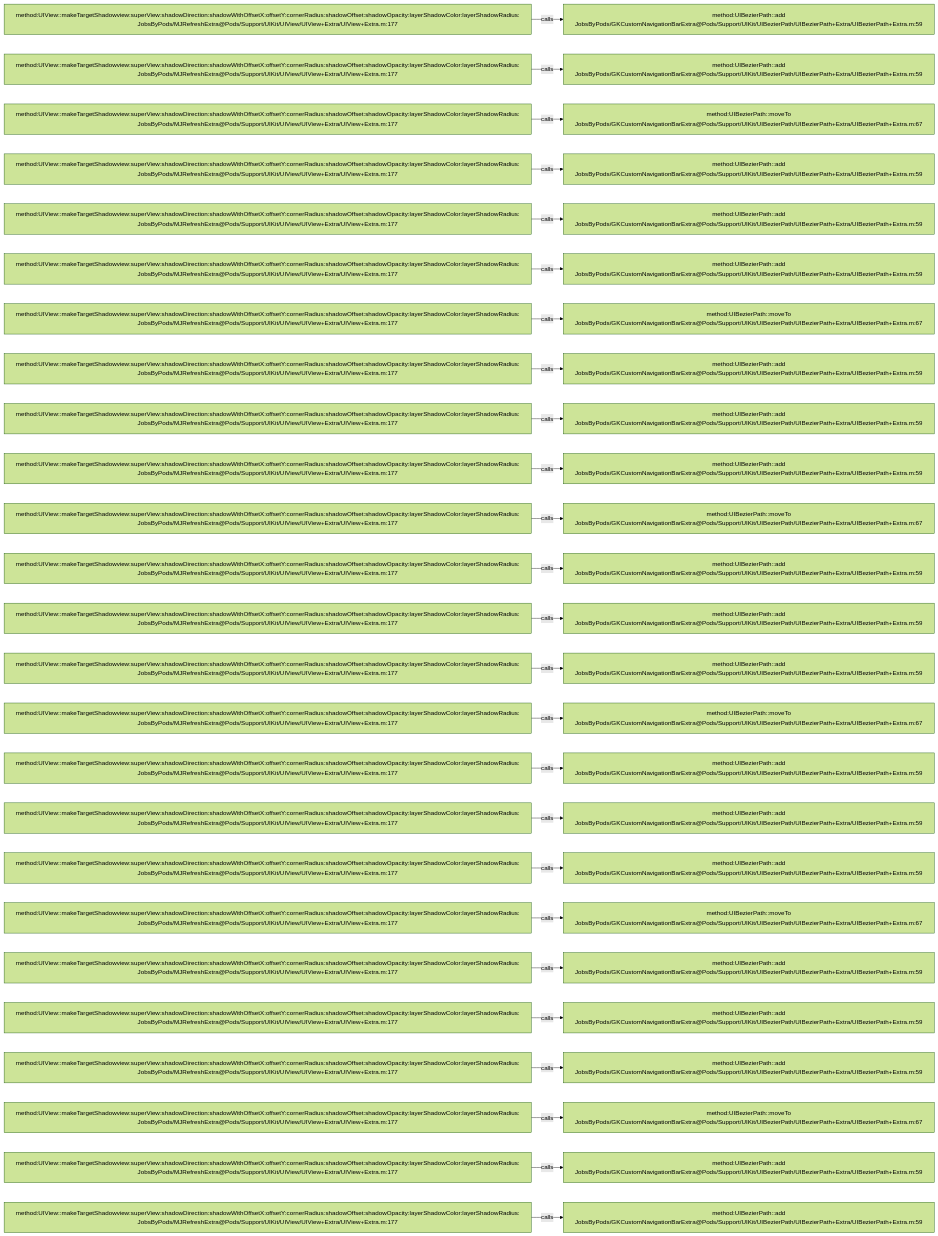
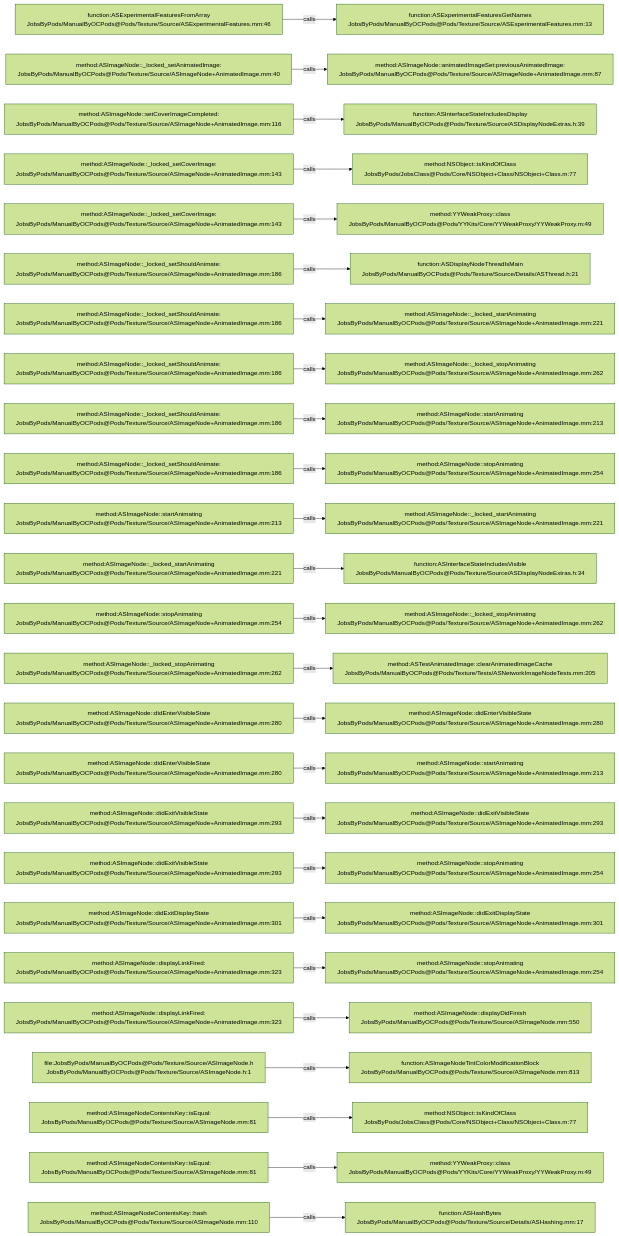
Before and after one commit to JobsKits/JobsOCBaseConfigDemo: the diagram in .codegraph/codegraph.md/graphs/calls-116.md, drawn with Mermaid (forest theme). The commit also changed 2162 other files, not shown here.

````diff
--- a/.codegraph/codegraph.md/graphs/calls-116.md
+++ b/.codegraph/codegraph.md/graphs/calls-116.md
@@ -13,78 +13,78 @@
 ```mermaid
 flowchart LR
-  S1["method:UIView::makeTargetShadowview:superView:shadowDirection:shadowWithOffsetX:offsetY:cornerRadius:shadowOffset:shadowOpacity:layerShadowColor:layerShadowRadius:<br/>JobsByPods/MJRefreshExtra@Pods/Support/UIKit/UIView/UIView+Extra/UIView+Extra.m:177"]
-  T1["method:UIBezierPath::add<br/>JobsByPods/GKCustomNavigationBarExtra@Pods/Support/UIKit/UIBezierPath/UIBezierPath+Extra/UIBezierPath+Extra.m:59"]
+  S1["function:ASExperimentalFeaturesFromArray<br/>JobsByPods/ManualByOCPods@Pods/Texture/Source/ASExperimentalFeatures.mm:46"]
+  T1["function:ASExperimentalFeaturesGetNames<br/>JobsByPods/ManualByOCPods@Pods/Texture/Source/ASExperimentalFeatures.mm:13"]
   S1 -->|calls| T1
-  S2["method:UIView::makeTargetShadowview:superView:shadowDirection:shadowWithOffsetX:offsetY:cornerRadius:shadowOffset:shadowOpacity:layerShadowColor:layerShadowRadius:<br/>JobsByPods/MJRefreshExtra@Pods/Support/UIKit/UIView/UIView+Extra/UIView+Extra.m:177"]
-  T2["method:UIBezierPath::add<br/>JobsByPods/GKCustomNavigationBarExtra@Pods/Support/UIKit/UIBezierPath/UIBezierPath+Extra/UIBezierPath+Extra.m:59"]
+  S2["method:ASImageNode::_locked_setAnimatedImage:<br/>JobsByPods/ManualByOCPods@Pods/Texture/Source/ASImageNode+AnimatedImage.mm:40"]
+  T2["method:ASImageNode::animatedImageSet:previousAnimatedImage:<br/>JobsByPods/ManualByOCPods@Pods/Texture/Source/ASImageNode+AnimatedImage.mm:87"]
   S2 -->|calls| T2
-  S3["method:UIView::makeTargetShadowview:superView:shadowDirection:shadowWithOffsetX:offsetY:cornerRadius:shadowOffset:shadowOpacity:layerShadowColor:layerShadowRadius:<br/>JobsByPods/MJRefreshExtra@Pods/Support/UIKit/UIView/UIView+Extra/UIView+Extra.m:177"]
-  T3["method:UIBezierPath::moveTo<br/>JobsByPods/GKCustomNavigationBarExtra@Pods/Support/UIKit/UIBezierPath/UIBezierPath+Extra/UIBezierPath+Extra.m:67"]
+  S3["method:ASImageNode::setCoverImageCompleted:<br/>JobsByPods/ManualByOCPods@Pods/Texture/Source/ASImageNode+AnimatedImage.mm:116"]
+  T3["function:ASInterfaceStateIncludesDisplay<br/>JobsByPods/ManualByOCPods@Pods/Texture/Source/ASDisplayNodeExtras.h:39"]
   S3 -->|calls| T3
-  S4["method:UIView::makeTargetShadowview:superView:shadowDirection:shadowWithOffsetX:offsetY:cornerRadius:shadowOffset:shadowOpacity:layerShadowColor:layerShadowRadius:<br/>JobsByPods/MJRefreshExtra@Pods/Support/UIKit/UIView/UIView+Extra/UIView+Extra.m:177"]
-  T4["method:UIBezierPath::add<br/>JobsByPods/GKCustomNavigationBarExtra@Pods/Support/UIKit/UIBezierPath/UIBezierPath+Extra/UIBezierPath+Extra.m:59"]
+  S4["method:ASImageNode::_locked_setCoverImage:<br/>JobsByPods/ManualByOCPods@Pods/Texture/Source/ASImageNode+AnimatedImage.mm:143"]
+  T4["method:NSObject::isKindOfClass<br/>JobsByPods/JobsClass@Pods/Core/NSObject+Class/NSObject+Class.m:77"]
   S4 -->|calls| T4
-  S5["method:UIView::makeTargetShadowview:superView:shadowDirection:shadowWithOffsetX:offsetY:cornerRadius:shadowOffset:shadowOpacity:layerShadowColor:layerShadowRadius:<br/>JobsByPods/MJRefreshExtra@Pods/Support/UIKit/UIView/UIView+Extra/UIView+Extra.m:177"]
-  T5["method:UIBezierPath::add<br/>JobsByPods/GKCustomNavigationBarExtra@Pods/Support/UIKit/UIBezierPath/UIBezierPath+Extra/UIBezierPath+Extra.m:59"]
+  S5["method:ASImageNode::_locked_setCoverImage:<br/>JobsByPods/ManualByOCPods@Pods/Texture/Source/ASImageNode+AnimatedImage.mm:143"]
+  T5["method:YYWeakProxy::class<br/>JobsByPods/ManualByOCPods@Pods/YYKits/Core/YYWeakProxy/YYWeakProxy.m:49"]
   S5 -->|calls| T5
-  S6["method:UIView::makeTargetShadowview:superView:shadowDirection:shadowWithOffsetX:offsetY:cornerRadius:shadowOffset:shadowOpacity:layerShadowColor:layerShadowRadius:<br/>JobsByPods/MJRefreshExtra@Pods/Support/UIKit/UIView/UIView+Extra/UIView+Extra.m:177"]
-  T6["method:UIBezierPath::add<br/>JobsByPods/GKCustomNavigationBarExtra@Pods/Support/UIKit/UIBezierPath/UIBezierPath+Extra/UIBezierPath+Extra.m:59"]
+  S6["method:ASImageNode::_locked_setShouldAnimate:<br/>JobsByPods/ManualByOCPods@Pods/Texture/Source/ASImageNode+AnimatedImage.mm:186"]
+  T6["function:ASDisplayNodeThreadIsMain<br/>JobsByPods/ManualByOCPods@Pods/Texture/Source/Details/ASThread.h:21"]
   S6 -->|calls| T6
-  S7["method:UIView::makeTargetShadowview:superView:shadowDirection:shadowWithOffsetX:offsetY:cornerRadius:shadowOffset:shadowOpacity:layerShadowColor:layerShadowRadius:<br/>JobsByPods/MJRefreshExtra@Pods/Support/UIKit/UIView/UIView+Extra/UIView+Extra.m:177"]
-  T7["method:UIBezierPath::moveTo<br/>JobsByPods/GKCustomNavigationBarExtra@Pods/Support/UIKit/UIBezierPath/UIBezierPath+Extra/UIBezierPath+Extra.m:67"]
+  S7["method:ASImageNode::_locked_setShouldAnimate:<br/>JobsByPods/ManualByOCPods@Pods/Texture/Source/ASImageNode+AnimatedImage.mm:186"]
+  T7["method:ASImageNode::_locked_startAnimating<br/>JobsByPods/ManualByOCPods@Pods/Texture/Source/ASImageNode+AnimatedImage.mm:221"]
   S7 -->|calls| T7
-  S8["method:UIView::makeTargetShadowview:superView:shadowDirection:shadowWithOffsetX:offsetY:cornerRadius:shadowOffset:shadowOpacity:layerShadowColor:layerShadowRadius:<br/>JobsByPods/MJRefreshExtra@Pods/Support/UIKit/UIView/UIView+Extra/UIView+Extra.m:177"]
-  T8["method:UIBezierPath::add<br/>JobsByPods/GKCustomNavigationBarExtra@Pods/Support/UIKit/UIBezierPath/UIBezierPath+Extra/UIBezierPath+Extra.m:59"]
+  S8["method:ASImageNode::_locked_setShouldAnimate:<br/>JobsByPods/ManualByOCPods@Pods/Texture/Source/ASImageNode+AnimatedImage.mm:186"]
+  T8["method:ASImageNode::_locked_stopAnimating<br/>JobsByPods/ManualByOCPods@Pods/Texture/Source/ASImageNode+AnimatedImage.mm:262"]
   S8 -->|calls| T8
-  S9["method:UIView::makeTargetShadowview:superView:shadowDirection:shadowWithOffsetX:offsetY:cornerRadius:shadowOffset:shadowOpacity:layerShadowColor:layerShadowRadius:<br/>JobsByPods/MJRefreshExtra@Pods/Support/UIKit/UIView/UIView+Extra/UIView+Extra.m:177"]
-  T9["method:UIBezierPath::add<br/>JobsByPods/GKCustomNavigationBarExtra@Pods/Support/UIKit/UIBezierPath/UIBezierPath+Extra/UIBezierPath+Extra.m:59"]
+  S9["method:ASImageNode::_locked_setShouldAnimate:<br/>JobsByPods/ManualByOCPods@Pods/Texture/Source/ASImageNode+AnimatedImage.mm:186"]
+  T9["method:ASImageNode::startAnimating<br/>JobsByPods/ManualByOCPods@Pods/Texture/Source/ASImageNode+AnimatedImage.mm:213"]
   S9 -->|calls| T9
-  S10["method:UIView::makeTargetShadowview:superView:shadowDirection:shadowWithOffsetX:offsetY:cornerRadius:shadowOffset:shadowOpacity:layerShadowColor:layerShadowRadius:<br/>JobsByPods/MJRefreshExtra@Pods/Support/UIKit/UIView/UIView+Extra/UIView+Extra.m:177"]
-  T10["method:UIBezierPath::add<br/>JobsByPods/GKCustomNavigationBarExtra@Pods/Support/UIKit/UIBezierPath/UIBezierPath+Extra/UIBezierPath+Extra.m:59"]
+  S10["method:ASImageNode::_locked_setShouldAnimate:<br/>JobsByPods/ManualByOCPods@Pods/Texture/Source/ASImageNode+AnimatedImage.mm:186"]
+  T10["method:ASImageNode::stopAnimating<br/>JobsByPods/ManualByOCPods@Pods/Texture/Source/ASImageNode+AnimatedImage.mm:254"]
   S10 -->|calls| T10
-  S11["method:UIView::makeTargetShadowview:superView:shadowDirection:shadowWithOffsetX:offsetY:cornerRadius:shadowOffset:shadowOpacity:layerShadowColor:layerShadowRadius:<br/>JobsByPods/MJRefreshExtra@Pods/Support/UIKit/UIView/UIView+Extra/UIView+Extra.m:177"]
-  T11["method:UIBezierPath::moveTo<br/>JobsByPods/GKCustomNavigationBarExtra@Pods/Support/UIKit/UIBezierPath/UIBezierPath+Extra/UIBezierPath+Extra.m:67"]
+  S11["method:ASImageNode::startAnimating<br/>JobsByPods/ManualByOCPods@Pods/Texture/Source/ASImageNode+AnimatedImage.mm:213"]
+  T11["method:ASImageNode::_locked_startAnimating<br/>JobsByPods/ManualByOCPods@Pods/Texture/Source/ASImageNode+AnimatedImage.mm:221"]
   S11 -->|calls| T11
-  S12["method:UIView::makeTargetShadowview:superView:shadowDirection:shadowWithOffsetX:offsetY:cornerRadius:shadowOffset:shadowOpacity:layerShadowColor:layerShadowRadius:<br/>JobsByPods/MJRefreshExtra@Pods/Support/UIKit/UIView/UIView+Extra/UIView+Extra.m:177"]
-  T12["method:UIBezierPath::add<br/>JobsByPods/GKCustomNavigationBarExtra@Pods/Support/UIKit/UIBezierPath/UIBezierPath+Extra/UIBezierPath+Extra.m:59"]
+  S12["method:ASImageNode::_locked_startAnimating<br/>JobsByPods/ManualByOCPods@Pods/Texture/Source/ASImageNode+AnimatedImage.mm:221"]
+  T12["function:ASInterfaceStateIncludesVisible<br/>JobsByPods/ManualByOCPods@Pods/Texture/Source/ASDisplayNodeExtras.h:34"]
   S12 -->|calls| T12
-  S13["method:UIView::makeTargetShadowview:superView:shadowDirection:shadowWithOffsetX:offsetY:cornerRadius:shadowOffset:shadowOpacity:layerShadowColor:layerShadowRadius:<br/>JobsByPods/MJRefreshExtra@Pods/Support/UIKit/UIView/UIView+Extra/UIView+Extra.m:177"]
-  T13["method:UIBezierPath::add<br/>JobsByPods/GKCustomNavigationBarExtra@Pods/Support/UIKit/UIBezierPath/UIBezierPath+Extra/UIBezierPath+Extra.m:59"]
+  S13["method:ASImageNode::stopAnimating<br/>JobsByPods/ManualByOCPods@Pods/Texture/Source/ASImageNode+AnimatedImage.mm:254"]
+  T13["method:ASImageNode::_locked_stopAnimating<br/>JobsByPods/ManualByOCPods@Pods/Texture/Source/ASImageNode+AnimatedImage.mm:262"]
   S13 -->|calls| T13
-  S14["method:UIView::makeTargetShadowview:superView:shadowDirection:shadowWithOffsetX:offsetY:cornerRadius:shadowOffset:shadowOpacity:layerShadowColor:layerShadowRadius:<br/>JobsByPods/MJRefreshExtra@Pods/Support/UIKit/UIView/UIView+Extra/UIView+Extra.m:177"]
-  T14["method:UIBezierPath::add<br/>JobsByPods/GKCustomNavigationBarExtra@Pods/Support/UIKit/UIBezierPath/UIBezierPath+Extra/UIBezierPath+Extra.m:59"]
+  S14["method:ASImageNode::_locked_stopAnimating<br/>JobsByPods/ManualByOCPods@Pods/Texture/Source/ASImageNode+AnimatedImage.mm:262"]
+  T14["method:ASTestAnimatedImage::clearAnimatedImageCache<br/>JobsByPods/ManualByOCPods@Pods/Texture/Tests/ASNetworkImageNodeTests.mm:205"]
   S14 -->|calls| T14
-  S15["method:UIView::makeTargetShadowview:superView:shadowDirection:shadowWithOffsetX:offsetY:cornerRadius:shadowOffset:shadowOpacity:layerShadowColor:layerShadowRadius:<br/>JobsByPods/MJRefreshExtra@Pods/Support/UIKit/UIView/UIView+Extra/UIView+Extra.m:177"]
-  T15["method:UIBezierPath::moveTo<br/>JobsByPods/GKCustomNavigationBarExtra@Pods/Support/UIKit/UIBezierPath/UIBezierPath+Extra/UIBezierPath+Extra.m:67"]
+  S15["method:ASImageNode::didEnterVisibleState<br/>JobsByPods/ManualByOCPods@Pods/Texture/Source/ASImageNode+AnimatedImage.mm:280"]
+  T15["method:ASImageNode::didEnterVisibleState<br/>JobsByPods/ManualByOCPods@Pods/Texture/Source/ASImageNode+AnimatedImage.mm:280"]
   S15 -->|calls| T15
-  S16["method:UIView::makeTargetShadowview:superView:shadowDirection:shadowWithOffsetX:offsetY:cornerRadius:shadowOffset:shadowOpacity:layerShadowColor:layerShadowRadius:<br/>JobsByPods/MJRefreshExtra@Pods/Support/UIKit/UIView/UIView+Extra/UIView+Extra.m:177"]
-  T16["method:UIBezierPath::add<br/>JobsByPods/GKCustomNavigationBarExtra@Pods/Support/UIKit/UIBezierPath/UIBezierPath+Extra/UIBezierPath+Extra.m:59"]
+  S16["method:ASImageNode::didEnterVisibleState<br/>JobsByPods/ManualByOCPods@Pods/Texture/Source/ASImageNode+AnimatedImage.mm:280"]
+  T16["method:ASImageNode::startAnimating<br/>JobsByPods/ManualByOCPods@Pods/Texture/Source/ASImageNode+AnimatedImage.mm:213"]
   S16 -->|calls| T16
-  S17["method:UIView::makeTargetShadowview:superView:shadowDirection:shadowWithOffsetX:offsetY:cornerRadius:shadowOffset:shadowOpacity:layerShadowColor:layerShadowRadius:<br/>JobsByPods/MJRefreshExtra@Pods/Support/UIKit/UIView/UIView+Extra/UIView+Extra.m:177"]
-  T17["method:UIBezierPath::add<br/>JobsByPods/GKCustomNavigationBarExtra@Pods/Support/UIKit/UIBezierPath/UIBezierPath+Extra/UIBezierPath+Extra.m:59"]
+  S17["method:ASImageNode::didExitVisibleState<br/>JobsByPods/ManualByOCPods@Pods/Texture/Source/ASImageNode+AnimatedImage.mm:293"]
+  T17["method:ASImageNode::didExitVisibleState<br/>JobsByPods/ManualByOCPods@Pods/Texture/Source/ASImageNode+AnimatedImage.mm:293"]
   S17 -->|calls| T17
-  S18["method:UIView::makeTargetShadowview:superView:shadowDirection:shadowWithOffsetX:offsetY:cornerRadius:shadowOffset:shadowOpacity:layerShadowColor:layerShadowRadius:<br/>JobsByPods/MJRefreshExtra@Pods/Support/UIKit/UIView/UIView+Extra/UIView+Extra.m:177"]
-  T18["method:UIBezierPath::add<br/>JobsByPods/GKCustomNavigationBarExtra@Pods/Support/UIKit/UIBezierPath/UIBezierPath+Extra/UIBezierPath+Extra.m:59"]
+  S18["method:ASImageNode::didExitVisibleState<br/>JobsByPods/ManualByOCPods@Pods/Texture/Source/ASImageNode+AnimatedImage.mm:293"]
+  T18["method:ASImageNode::stopAnimating<br/>JobsByPods/ManualByOCPods@Pods/Texture/Source/ASImageNode+AnimatedImage.mm:254"]
   S18 -->|calls| T18
-  S19["method:UIView::makeTargetShadowview:superView:shadowDirection:shadowWithOffsetX:offsetY:cornerRadius:shadowOffset:shadowOpacity:layerShadowColor:layerShadowRadius:<br/>JobsByPods/MJRefreshExtra@Pods/Support/UIKit/UIView/UIView+Extra/UIView+Extra.m:177"]
-  T19["method:UIBezierPath::moveTo<br/>JobsByPods/GKCustomNavigationBarExtra@Pods/Support/UIKit/UIBezierPath/UIBezierPath+Extra/UIBezierPath+Extra.m:67"]
+  S19["method:ASImageNode::didExitDisplayState<br/>JobsByPods/ManualByOCPods@Pods/Texture/Source/ASImageNode+AnimatedImage.mm:301"]
+  T19["method:ASImageNode::didExitDisplayState<br/>JobsByPods/ManualByOCPods@Pods/Texture/Source/ASImageNode+AnimatedImage.mm:301"]
   S19 -->|calls| T19
-  S20["method:UIView::makeTargetShadowview:superView:shadowDirection:shadowWithOffsetX:offsetY:cornerRadius:shadowOffset:shadowOpacity:layerShadowColor:layerShadowRadius:<br/>JobsByPods/MJRefreshExtra@Pods/Support/UIKit/UIView/UIView+Extra/UIView+Extra.m:177"]
-  T20["method:UIBezierPath::add<br/>JobsByPods/GKCustomNavigationBarExtra@Pods/Support/UIKit/UIBezierPath/UIBezierPath+Extra/UIBezierPath+Extra.m:59"]
+  S20["method:ASImageNode::displayLinkFired:<br/>JobsByPods/ManualByOCPods@Pods/Texture/Source/ASImageNode+AnimatedImage.mm:323"]
+  T20["method:ASImageNode::stopAnimating<br/>JobsByPods/ManualByOCPods@Pods/Texture/Source/ASImageNode+AnimatedImage.mm:254"]
   S20 -->|calls| T20
-  S21["method:UIView::makeTargetShadowview:superView:shadowDirection:shadowWithOffsetX:offsetY:cornerRadius:shadowOffset:shadowOpacity:layerShadowColor:layerShadowRadius:<br/>JobsByPods/MJRefreshExtra@Pods/Support/UIKit/UIView/UIView+Extra/UIView+Extra.m:177"]
-  T21["method:UIBezierPath::add<br/>JobsByPods/GKCustomNavigationBarExtra@Pods/Support/UIKit/UIBezierPath/UIBezierPath+Extra/UIBezierPath+Extra.m:59"]
+  S21["method:ASImageNode::displayLinkFired:<br/>JobsByPods/ManualByOCPods@Pods/Texture/Source/ASImageNode+AnimatedImage.mm:323"]
+  T21["method:ASImageNode::displayDidFinish<br/>JobsByPods/ManualByOCPods@Pods/Texture/Source/ASImageNode.mm:550"]
   S21 -->|calls| T21
-  S22["method:UIView::makeTargetShadowview:superView:shadowDirection:shadowWithOffsetX:offsetY:cornerRadius:shadowOffset:shadowOpacity:layerShadowColor:layerShadowRadius:<br/>JobsByPods/MJRefreshExtra@Pods/Support/UIKit/UIView/UIView+Extra/UIView+Extra.m:177"]
-  T22["method:UIBezierPath::add<br/>JobsByPods/GKCustomNavigationBarExtra@Pods/Support/UIKit/UIBezierPath/UIBezierPath+Extra/UIBezierPath+Extra.m:59"]
+  S22["file:JobsByPods/ManualByOCPods@Pods/Texture/Source/ASImageNode.h<br/>JobsByPods/ManualByOCPods@Pods/Texture/Source/ASImageNode.h:1"]
+  T22["function:ASImageNodeTintColorModificationBlock<br/>JobsByPods/ManualByOCPods@Pods/Texture/Source/ASImageNode.mm:813"]
   S22 -->|calls| T22
-  S23["method:UIView::makeTargetShadowview:superView:shadowDirection:shadowWithOffsetX:offsetY:cornerRadius:shadowOffset:shadowOpacity:layerShadowColor:layerShadowRadius:<br/>JobsByPods/MJRefreshExtra@Pods/Support/UIKit/UIView/UIView+Extra/UIView+Extra.m:177"]
-  T23["method:UIBezierPath::moveTo<br/>JobsByPods/GKCustomNavigationBarExtra@Pods/Support/UIKit/UIBezierPath/UIBezierPath+Extra/UIBezierPath+Extra.m:67"]
+  S23["method:ASImageNodeContentsKey::isEqual:<br/>JobsByPods/ManualByOCPods@Pods/Texture/Source/ASImageNode.mm:81"]
+  T23["method:NSObject::isKindOfClass<br/>JobsByPods/JobsClass@Pods/Core/NSObject+Class/NSObject+Class.m:77"]
   S23 -->|calls| T23
-  S24["method:UIView::makeTargetShadowview:superView:shadowDirection:shadowWithOffsetX:offsetY:cornerRadius:shadowOffset:shadowOpacity:layerShadowColor:layerShadowRadius:<br/>JobsByPods/MJRefreshExtra@Pods/Support/UIKit/UIView/UIView+Extra/UIView+Extra.m:177"]
-  T24["method:UIBezierPath::add<br/>JobsByPods/GKCustomNavigationBarExtra@Pods/Support/UIKit/UIBezierPath/UIBezierPath+Extra/UIBezierPath+Extra.m:59"]
+  S24["method:ASImageNodeContentsKey::isEqual:<br/>JobsByPods/ManualByOCPods@Pods/Texture/Source/ASImageNode.mm:81"]
+  T24["method:YYWeakProxy::class<br/>JobsByPods/ManualByOCPods@Pods/YYKits/Core/YYWeakProxy/YYWeakProxy.m:49"]
   S24 -->|calls| T24
-  S25["method:UIView::makeTargetShadowview:superView:shadowDirection:shadowWithOffsetX:offsetY:cornerRadius:shadowOffset:shadowOpacity:layerShadowColor:layerShadowRadius:<br/>JobsByPods/MJRefreshExtra@Pods/Support/UIKit/UIView/UIView+Extra/UIView+Extra.m:177"]
-  T25["method:UIBezierPath::add<br/>JobsByPods/GKCustomNavigationBarExtra@Pods/Support/UIKit/UIBezierPath/UIBezierPath+Extra/UIBezierPath+Extra.m:59"]
+  S25["method:ASImageNodeContentsKey::hash<br/>JobsByPods/ManualByOCPods@Pods/Texture/Source/ASImageNode.mm:110"]
+  T25["function:ASHashBytes<br/>JobsByPods/ManualByOCPods@Pods/Texture/Source/Details/ASHashing.mm:17"]
   S25 -->|calls| T25
 ```
````
